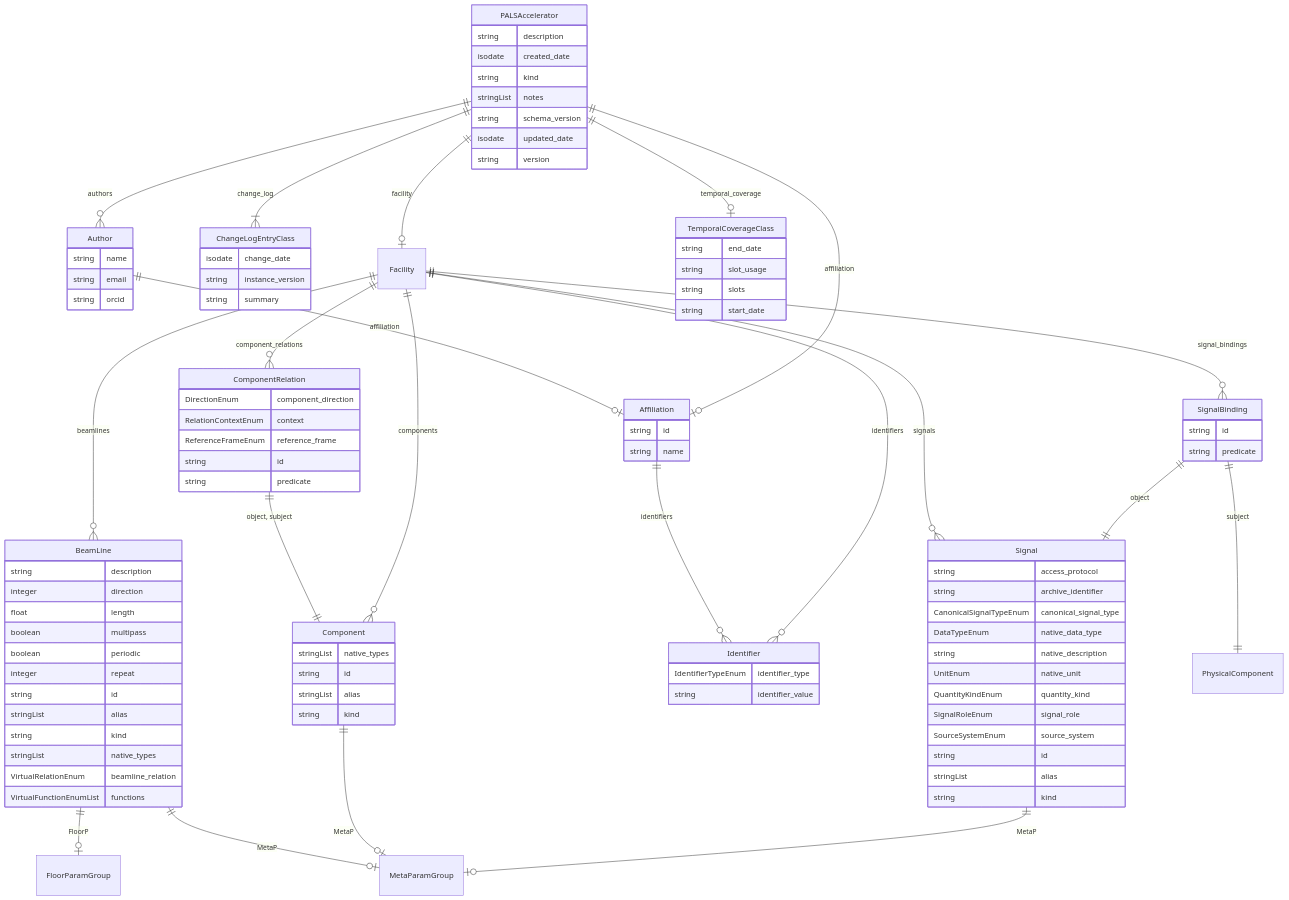
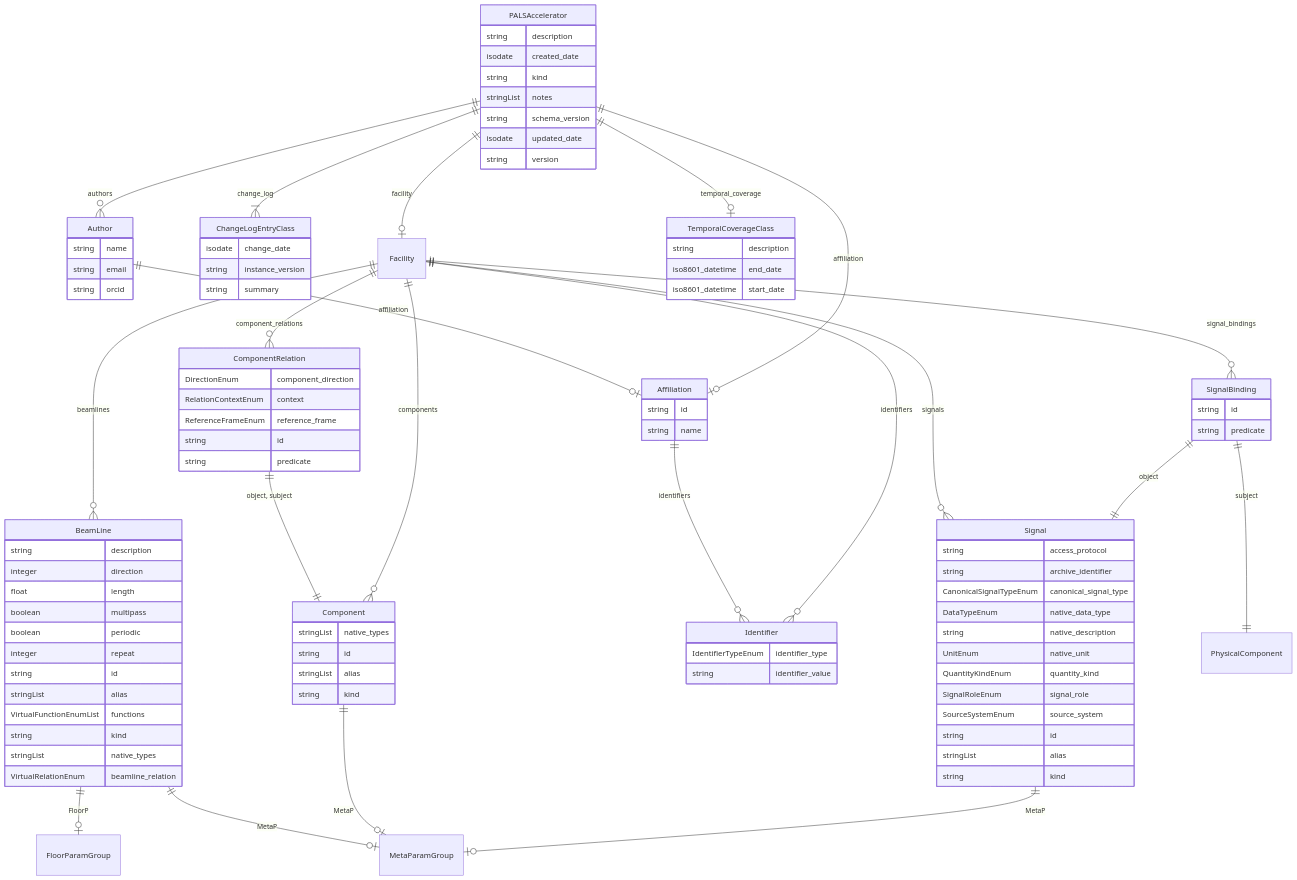
The diagram in docs/elements/classes/PALSAccelerator.md (pals-project/pals-facility-config), drawn with Mermaid before and after one commit. The commit also changed other lines of this file and 23 other files, not shown here.

```diff
--- a/docs/elements/classes/PALSAccelerator.md
+++ b/docs/elements/classes/PALSAccelerator.md
@@ -32,10 +32,10 @@
     integer repeat  
     string id  
     stringList alias  
+    VirtualFunctionEnumList functions  
     string kind  
     stringList native_types  
     VirtualRelationEnum beamline_relation  
-    VirtualFunctionEnumList functions  
 }
 ChangeLogEntryClass {
     isodate change_date  
@@ -90,10 +90,9 @@
     string predicate  
 }
 TemporalCoverageClass {
-    string end_date  
-    string slot_usage  
-    string slots  
-    string start_date  
+    string description  
+    iso8601_datetime end_date  
+    iso8601_datetime start_date  
 }
 
 Affiliation ||--}o Identifier : "identifiers"
```
